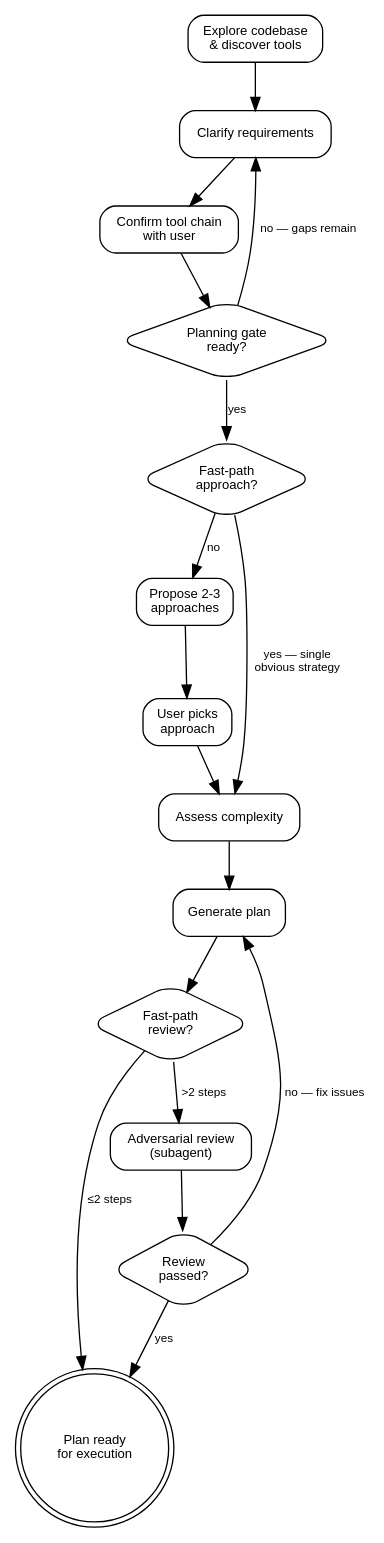
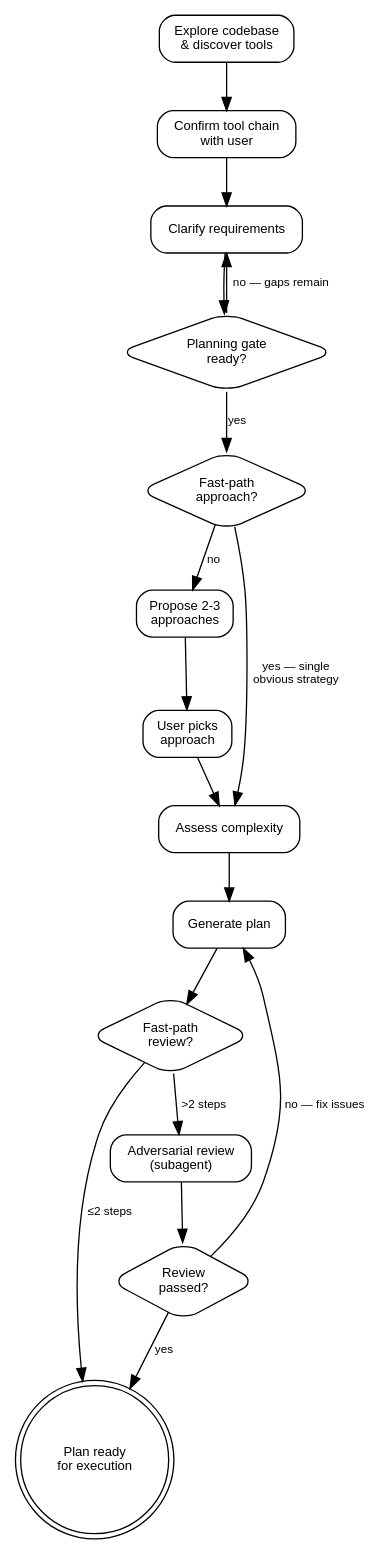
One commit to gianchub/claude-plugins changed the diagram in plugins/blueprint/skills/blueprint/SKILL.md. Above: the diagram before and after it, drawn with Graphviz. The commit also changed other lines of this file and 2 other files, not shown here.

First line of the commit message:
fix: make tool confirmation a hard gate before clarifying questions

````diff
--- a/plugins/blueprint/skills/blueprint/SKILL.md
+++ b/plugins/blueprint/skills/blueprint/SKILL.md
@@ -32,38 +32,38 @@
 ```dot
 digraph blueprint {
     rankdir=TB
     node [shape=box, style=rounded, fontname="Helvetica", fontsize=10]
     edge [fontname="Helvetica", fontsize=9]
 
     explore   [label="Explore codebase\n& discover tools"]
     confirm   [label="Confirm tool chain\nwith user"]
     clarify   [label="Clarify requirements"]
     gate      [label="Planning gate\nready?", shape=diamond]
     fastappr  [label="Fast-path\napproach?", shape=diamond]
     propose   [label="Propose 2-3\napproaches"]
     pick      [label="User picks\napproach"]
     assess    [label="Assess complexity"]
     generate  [label="Generate plan"]
     fastrev   [label="Fast-path\nreview?", shape=diamond]
     review    [label="Adversarial review\n(subagent)"]
     passed    [label="Review\npassed?", shape=diamond]
     done      [label="Plan ready\nfor execution", shape=doublecircle]
 
-    explore  -> clarify
-    clarify  -> confirm
-    confirm  -> gate
+    explore  -> confirm
+    confirm  -> clarify
+    clarify  -> gate
     gate     -> fastappr  [label="yes"]
     gate     -> clarify   [label="no — gaps remain"]
     fastappr -> assess    [label="yes — single\nobvious strategy"]
     fastappr -> propose   [label="no"]
     propose  -> pick
     pick     -> assess
     assess   -> generate
     generate -> fastrev
     fastrev  -> done      [label="≤2 steps"]
     fastrev  -> review    [label=">2 steps"]
     review   -> passed
     passed   -> done      [label="yes"]
     passed   -> generate  [label="no — fix issues"]
 }
 ```
````
